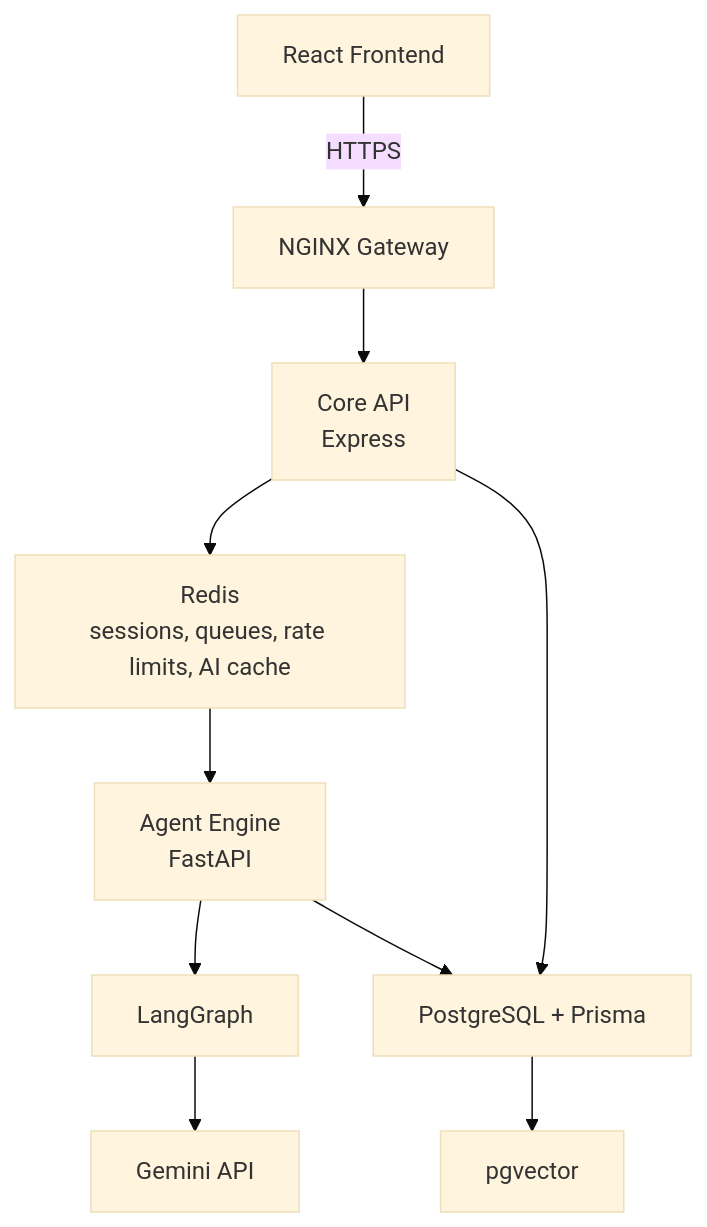
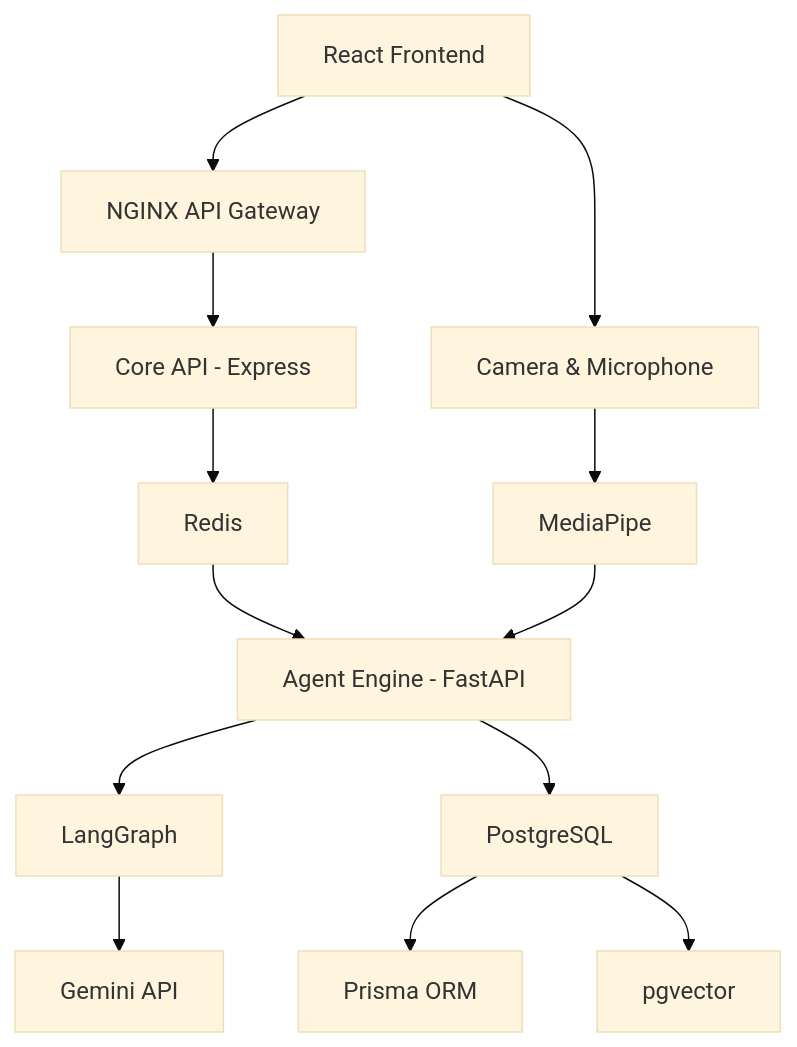
The diagram in README.md (ravizf/Lumify), drawn with Mermaid (base theme) before and after one commit. The commit also changed other lines of this file, not shown here.

````diff
--- a/README.md
+++ b/README.md
@@ -88,12 +187,29 @@
 ```mermaid
 flowchart TD
-  A[React Frontend] -->|HTTPS| B[NGINX Gateway]
-  B --> C[Core API<br/>Express]
-  C --> D[Redis<br/>sessions, queues, rate limits, AI cache]
-  D --> E[Agent Engine<br/>FastAPI]
-  E --> F[LangGraph]
-  F --> G[Gemini API]
-  C --> H[PostgreSQL + Prisma]
-  H --> I[pgvector]
-  E --> H
+
+A[React Frontend]
+
+A --> B[Camera & Microphone]
+
+A --> C[NGINX API Gateway]
+
+C --> D[Core API - Express]
+
+D --> E[Redis]
+
+E --> F[Agent Engine - FastAPI]
+
+F --> G[LangGraph]
+
+G --> H[Gemini API]
+
+B --> I[MediaPipe]
+
+I --> F
+
+F --> J[PostgreSQL]
+
+J --> K[Prisma ORM]
+
+J --> L[pgvector]
 ```
````
